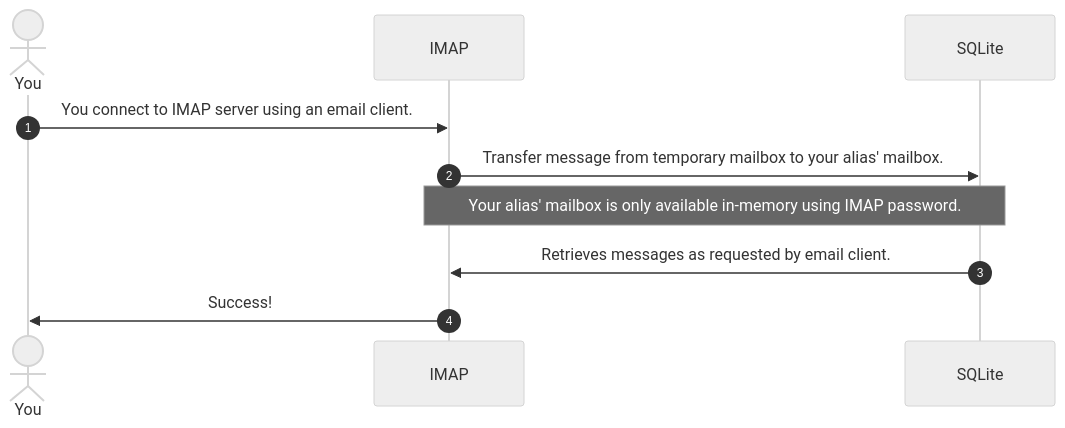
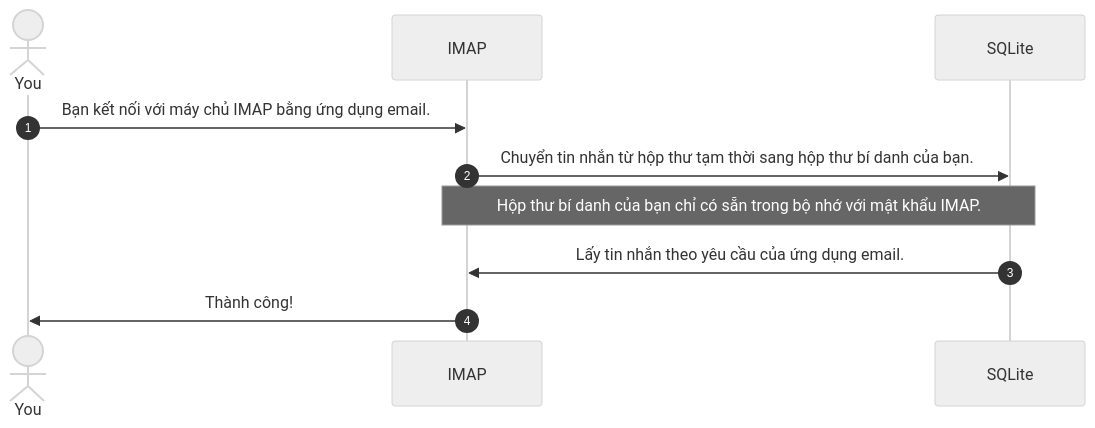
Before and after one commit to forwardemail/forwardemail.net: the second of 2 diagrams in app/views/docs/best-quantum-safe-encrypted-email-service/index-vi.md, drawn with Mermaid (neutral theme). The commit also changed other lines of this file and 1055 other files, not shown here.

````diff
--- a/app/views/docs/best-quantum-safe-encrypted-email-service/index-vi.md
+++ b/app/views/docs/best-quantum-safe-encrypted-email-service/index-vi.md
@@ -80,10 +83,10 @@
      ```mermaid
      sequenceDiagram
          autonumber
          actor You
-         You->>IMAP: You connect to IMAP server using an email client.
-         IMAP->>SQLite: Transfer message from temporary mailbox to your alias' mailbox.
-         Note over IMAP,SQLite: Your alias' mailbox is only available in-memory using IMAP password.
-         SQLite->>IMAP: Retrieves messages as requested by email client.
-         IMAP->>You: Success!
+         You->>IMAP: Bạn kết nối với máy chủ IMAP bằng ứng dụng email.
+         IMAP->>SQLite: Chuyển tin nhắn từ hộp thư tạm thời sang hộp thư bí danh của bạn.
+         Note over IMAP,SQLite: Hộp thư bí danh của bạn chỉ có sẵn trong bộ nhớ với mật khẩu IMAP.
+         SQLite->>IMAP: Lấy tin nhắn theo yêu cầu của ứng dụng email.
+         IMAP->>You: Thành công!
      ```
````
